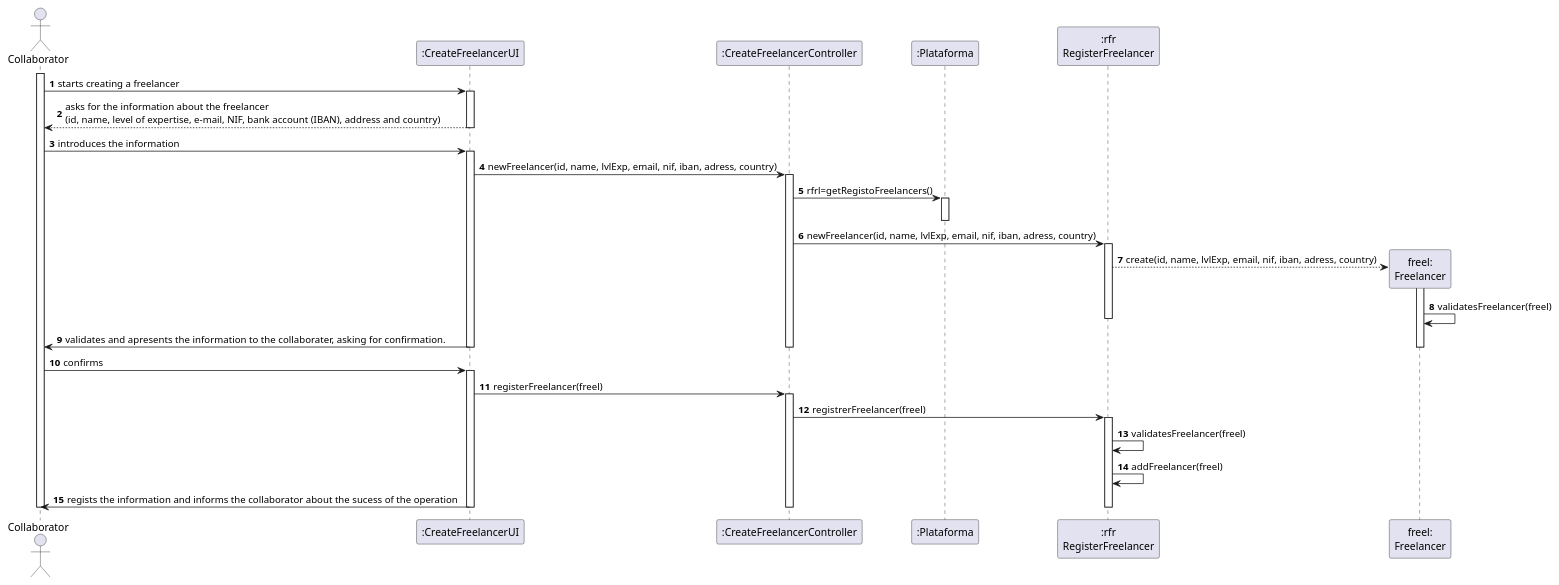
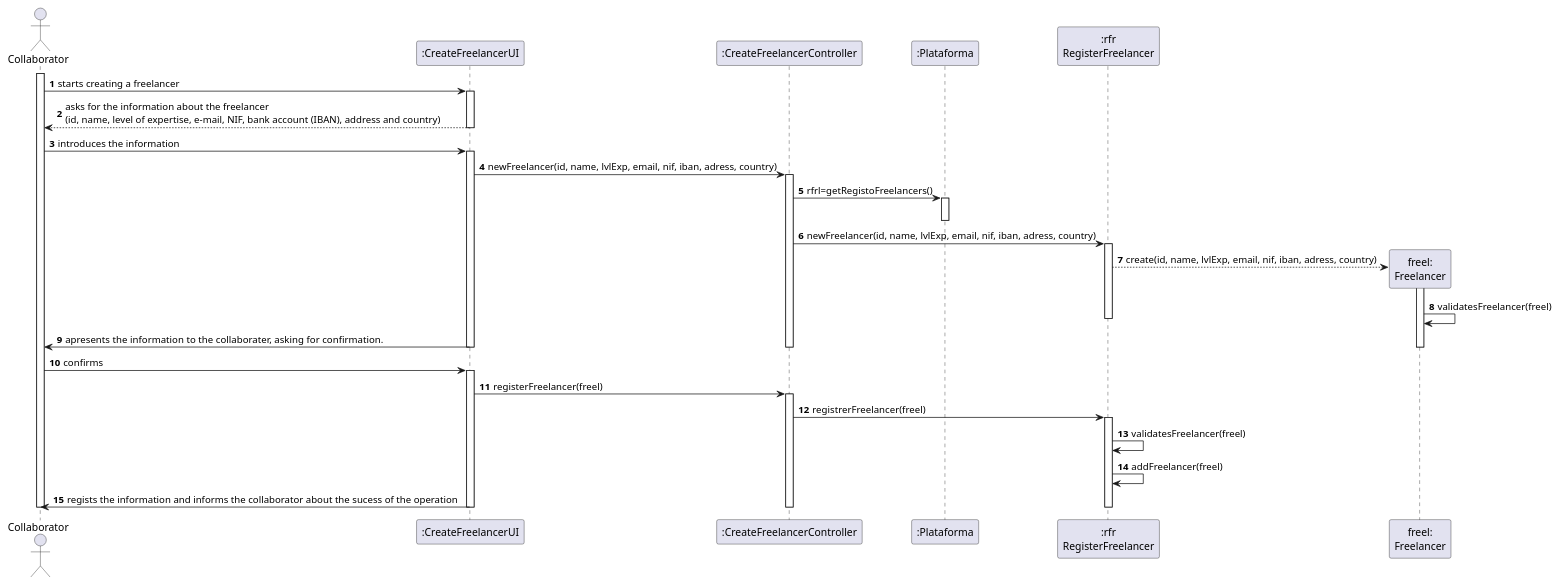
Before and after one commit to pedrolemos4/LAPR2: the diagram in docs/UC1 - Create Freelancer/UC1_SD.puml, drawn with PlantUML. The commit also changed 1 other file, not shown here.

```diff
--- a/docs/UC1 - Create Freelancer/UC1_SD.puml
+++ b/docs/UC1 - Create Freelancer/UC1_SD.puml
@@ -1,61 +1,61 @@
 @startuml
 autonumber
 
 actor "Collaborator" as CO
 participant ":CreateFreelancerUI" as UI
 participant ":CreateFreelancerController" as CTRL
 participant ":Plataforma" as PLAT
 participant ":rfr\nRegisterFreelancer" as RFR
 participant "freel:\nFreelancer" as FREEL
 
 activate CO
 CO -> UI : starts creating a freelancer
 activate UI
 
 UI --> CO : asks for the information about the freelancer \n(id, name, level of expertise, e-mail, NIF, bank account (IBAN), address and country)
 deactivate UI
 
 CO -> UI : introduces the information
 activate UI
 
 UI -> CTRL : newFreelancer(id, name, lvlExp, email, nif, iban, adress, country)
 activate CTRL
 
 CTRL -> PLAT: rfrl=getRegistoFreelancers()
 activate PLAT
 deactivate PLAT
 
 CTRL -> RFR : newFreelancer(id, name, lvlExp, email, nif, iban, adress, country)
 activate RFR
 RFR --> FREEL**: create(id, name, lvlExp, email, nif, iban, adress, country)
 activate FREEL
 
 FREEL -> FREEL : validatesFreelancer(freel)
 deactivate RFR
 
-UI -> CO : validates and apresents the information to the collaborater, asking for confirmation.
+UI -> CO : apresents the information to the collaborater, asking for confirmation.
 deactivate FREEL
 deactivate CTRL
 deactivate UI
 
 CO -> UI : confirms
 activate UI
 
 UI -> CTRL : registerFreelancer(freel)
 activate CTRL
 
 CTRL -> RFR : registrerFreelancer(freel)
 activate RFR 
 
 RFR -> RFR : validatesFreelancer(freel)
 RFR -> RFR : addFreelancer(freel)
 
 UI -> CO : regists the information and informs the collaborator about the sucess of the operation
 deactivate RFR
 deactivate CTRL
 deactivate UI
 
 deactivate CO
 
 
 @enduml
```
